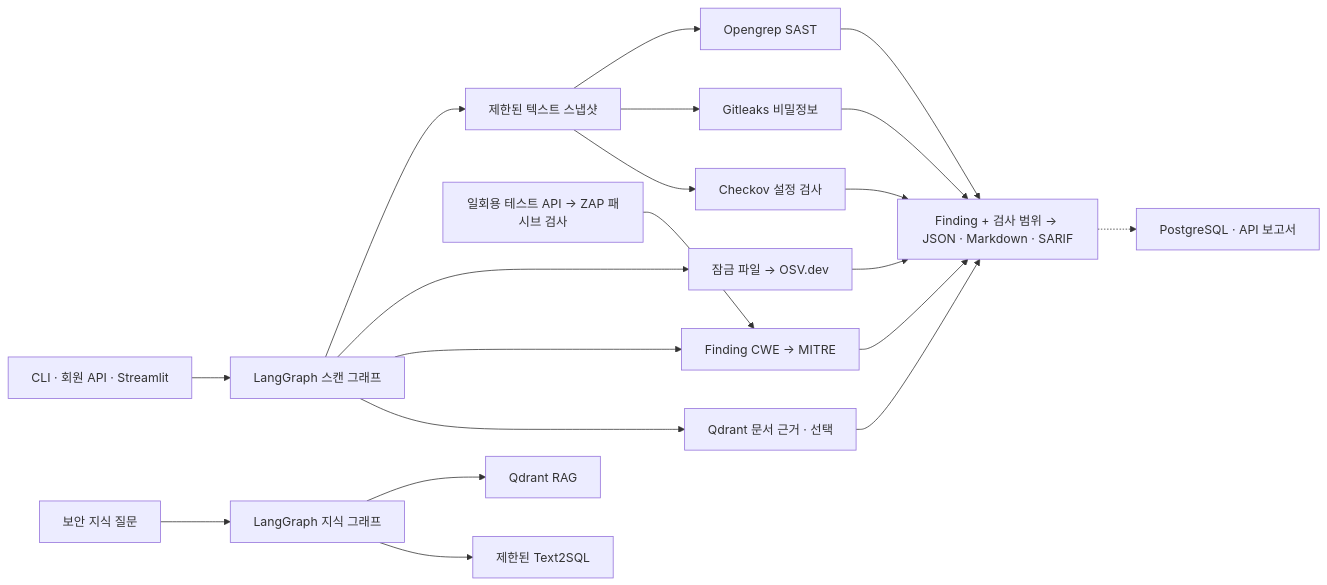
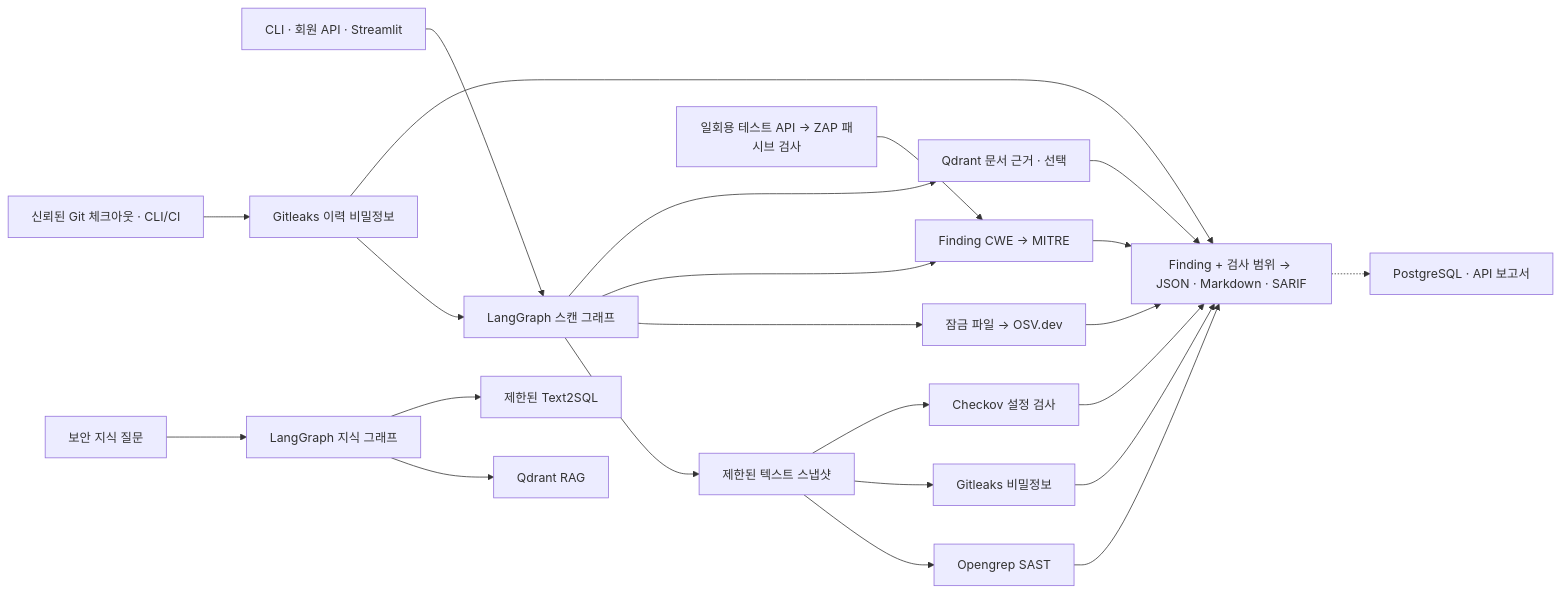
Before and after one commit to taehyeon-git/SecRAGraph: the diagram in README.md, drawn with Mermaid. The commit also changed other lines of this file and 30 other files, not shown here.

First line of the commit message:
Add bounded Git history secret scanning and CI gate (#16)

````diff
--- a/README.md
+++ b/README.md
@@ -46,22 +49,25 @@
 ```mermaid
 flowchart LR
   INPUT["CLI · 회원 API · Streamlit"] --> SCAN["LangGraph 스캔 그래프"]
   SCAN --> SNAP["제한된 텍스트 스냅샷"]
   SNAP --> SAST["Opengrep SAST"]
   SNAP --> SECRET["Gitleaks 비밀정보"]
+  HISTORY["신뢰된 Git 체크아웃 · CLI/CI"] --> HISTSECRET["Gitleaks 이력 비밀정보"]
+  HISTSECRET --> SCAN
   SNAP --> CONFIG["Checkov 설정 검사"]
   SCAN --> OSV["잠금 파일 → OSV.dev"]
   SCAN --> CWE["Finding CWE → MITRE"]
   SCAN --> EVIDENCE["Qdrant 문서 근거 · 선택"]
   DAST["일회용 테스트 API → ZAP 패시브 검사"] --> CWE
   SAST --> REPORT["Finding + 검사 범위 → JSON · Markdown · SARIF"]
   SECRET --> REPORT
+  HISTSECRET --> REPORT
   CONFIG --> REPORT
   OSV --> REPORT
   CWE --> REPORT
   EVIDENCE --> REPORT
   REPORT -.-> STORE["PostgreSQL · API 보고서"]
   QUESTION["보안 지식 질문"] --> KNOWLEDGE["LangGraph 지식 그래프"]
   KNOWLEDGE --> RAG["Qdrant RAG"]
   KNOWLEDGE --> SQL["제한된 Text2SQL"]
 ```
````
